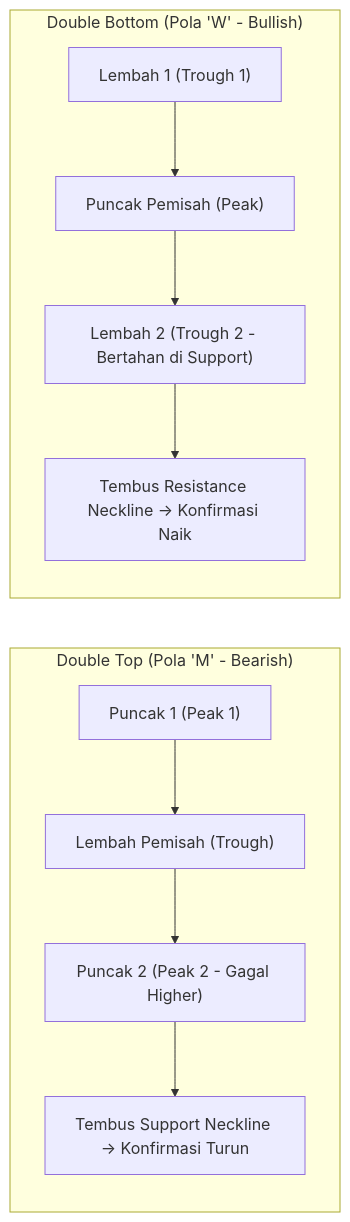
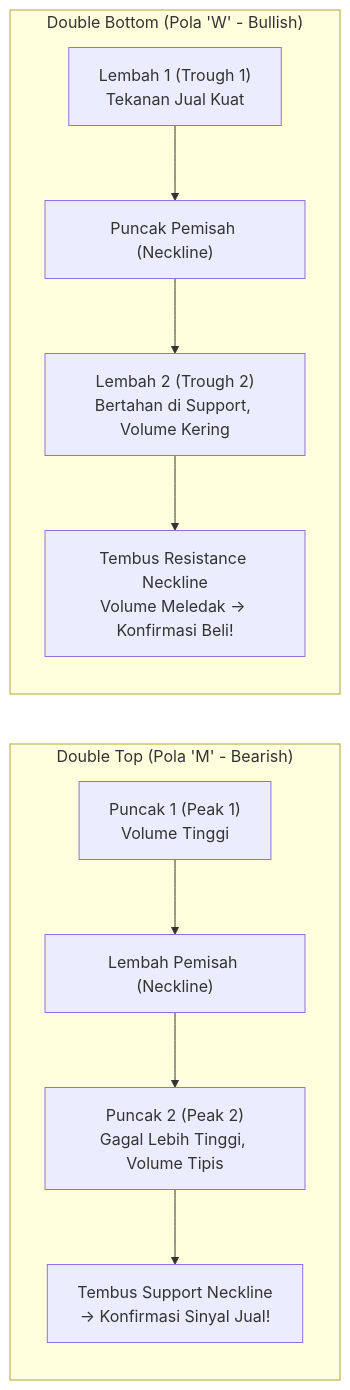
The fifth of 9 diagrams in docs/edianto-ong/21-chart-patterns.md (AlulCode45/Trading-Learning-Path), drawn with Mermaid before and after one commit. The commit also changed other lines of this file and 29 other files, not shown here.

Commit message:
docs(edianto-ong): upgrade all 29 chapters with beginner analogies, diagrams, step-by-step guides, and case studies

````diff
--- a/docs/edianto-ong/21-chart-patterns.md
+++ b/docs/edianto-ong/21-chart-patterns.md
@@ -73,16 +115,16 @@
 ```mermaid
 flowchart LR
     subgraph DoubleTopM["Double Top (Pola 'M' - Bearish)"]
         direction TB
-        M1["Puncak 1 (Peak 1)"] --> MV["Lembah Pemisah (Trough)"]
-        MV --> M2["Puncak 2 (Peak 2 - Gagal Higher)"]
-        M2 --> MBreak["Tembus Support Neckline -> Konfirmasi Turun"]
+        M1["Puncak 1 (Peak 1)<br/>Volume Tinggi"] --> MV["Lembah Pemisah (Neckline)"]
+        MV --> M2["Puncak 2 (Peak 2)<br/>Gagal Lebih Tinggi, Volume Tipis"]
+        M2 --> MBreak["Tembus Support Neckline<br/>-> Konfirmasi Sinyal Jual!"]
     end
 
     subgraph DoubleBottomW["Double Bottom (Pola 'W' - Bullish)"]
         direction TB
-        W1["Lembah 1 (Trough 1)"] --> WP["Puncak Pemisah (Peak)"]
-        WP --> W2["Lembah 2 (Trough 2 - Bertahan di Support)"]
-        W2 --> WBreak["Tembus Resistance Neckline -> Konfirmasi Naik"]
+        W1["Lembah 1 (Trough 1)<br/>Tekanan Jual Kuat"] --> WP["Puncak Pemisah (Neckline)"]
+        WP --> W2["Lembah 2 (Trough 2)<br/>Bertahan di Support, Volume Kering"]
+        W2 --> WBreak["Tembus Resistance Neckline<br/>Volume Meledak -> Konfirmasi Beli!"]
     end
 ```
````
